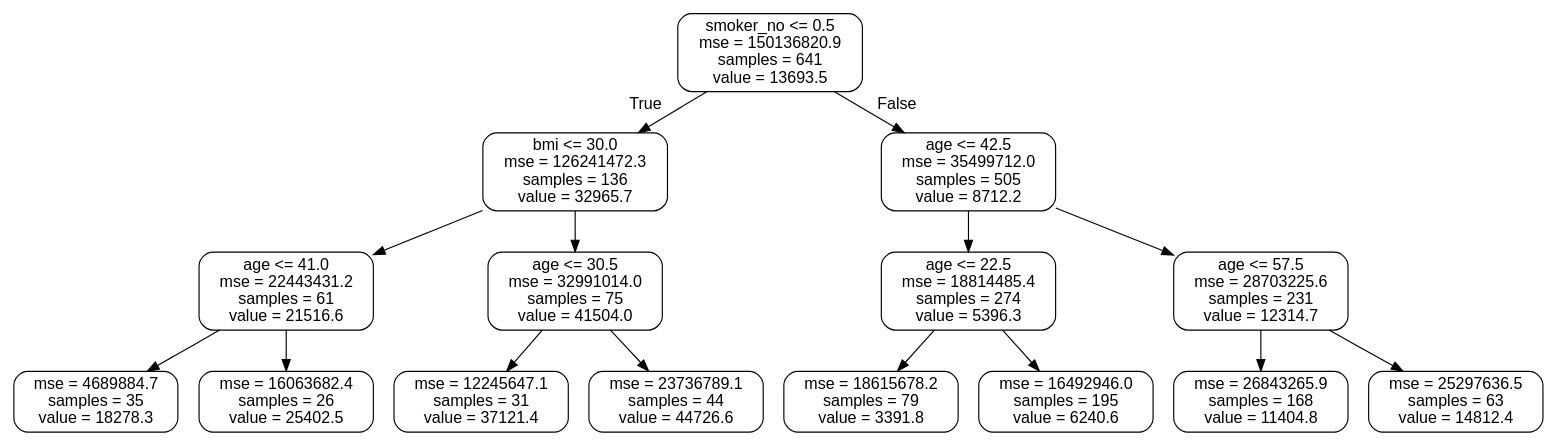
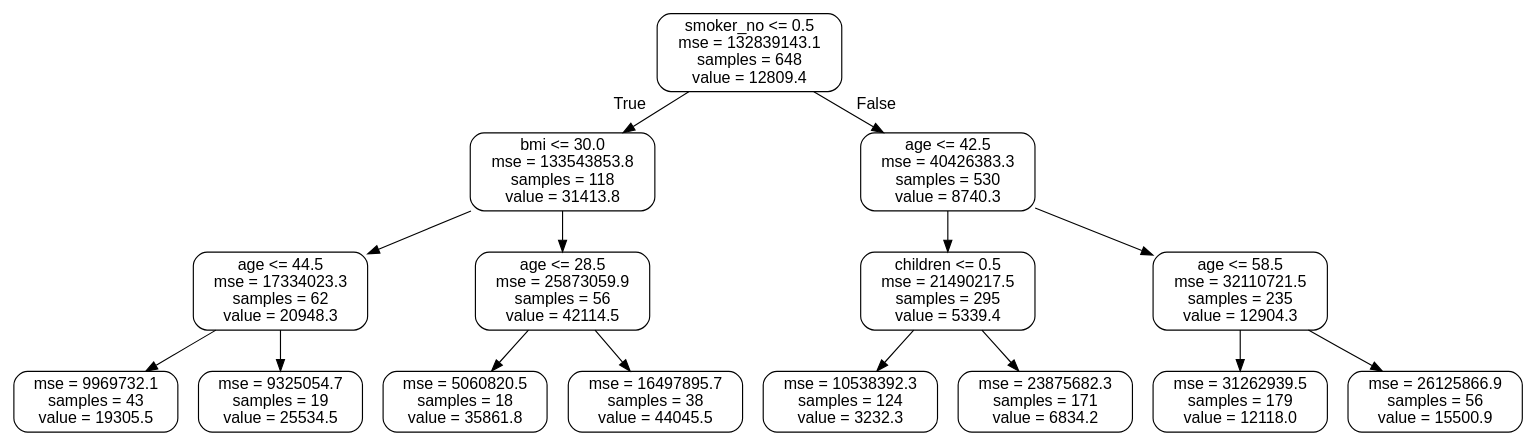
One commit to jasonzelaya/Health-Insurance-Cost-Forecast changed the diagram in small_tree.dot. Above: the diagram before and after it, drawn with Graphviz. The commit also changed 3 other files, not shown here.

```diff
--- a/small_tree.dot
+++ b/small_tree.dot
@@ -1,33 +1,33 @@
 digraph Tree {
 node [shape=box, style="rounded", color="black", fontname=helvetica] ;
 edge [fontname=helvetica] ;
-0 [label="smoker_no <= 0.5\nmse = 150136820.9\nsamples = 641\nvalue = 13693.5"] ;
-1 [label="bmi <= 30.0\nmse = 126241472.3\nsamples = 136\nvalue = 32965.7"] ;
+0 [label="smoker_no <= 0.5\nmse = 132839143.1\nsamples = 648\nvalue = 12809.4"] ;
+1 [label="bmi <= 30.0\nmse = 133543853.8\nsamples = 118\nvalue = 31413.8"] ;
 0 -> 1 [labeldistance=2.5, labelangle=45, headlabel="True"] ;
-2 [label="age <= 41.0\nmse = 22443431.2\nsamples = 61\nvalue = 21516.6"] ;
+2 [label="age <= 44.5\nmse = 17334023.3\nsamples = 62\nvalue = 20948.3"] ;
 1 -> 2 ;
-3 [label="mse = 4689884.7\nsamples = 35\nvalue = 18278.3"] ;
+3 [label="mse = 9969732.1\nsamples = 43\nvalue = 19305.5"] ;
 2 -> 3 ;
-4 [label="mse = 16063682.4\nsamples = 26\nvalue = 25402.5"] ;
+4 [label="mse = 9325054.7\nsamples = 19\nvalue = 25534.5"] ;
 2 -> 4 ;
-5 [label="age <= 30.5\nmse = 32991014.0\nsamples = 75\nvalue = 41504.0"] ;
+5 [label="age <= 28.5\nmse = 25873059.9\nsamples = 56\nvalue = 42114.5"] ;
 1 -> 5 ;
-6 [label="mse = 12245647.1\nsamples = 31\nvalue = 37121.4"] ;
+6 [label="mse = 5060820.5\nsamples = 18\nvalue = 35861.8"] ;
 5 -> 6 ;
-7 [label="mse = 23736789.1\nsamples = 44\nvalue = 44726.6"] ;
+7 [label="mse = 16497895.7\nsamples = 38\nvalue = 44045.5"] ;
 5 -> 7 ;
-8 [label="age <= 42.5\nmse = 35499712.0\nsamples = 505\nvalue = 8712.2"] ;
+8 [label="age <= 42.5\nmse = 40426383.3\nsamples = 530\nvalue = 8740.3"] ;
 0 -> 8 [labeldistance=2.5, labelangle=-45, headlabel="False"] ;
-9 [label="age <= 22.5\nmse = 18814485.4\nsamples = 274\nvalue = 5396.3"] ;
+9 [label="children <= 0.5\nmse = 21490217.5\nsamples = 295\nvalue = 5339.4"] ;
 8 -> 9 ;
-10 [label="mse = 18615678.2\nsamples = 79\nvalue = 3391.8"] ;
+10 [label="mse = 10538392.3\nsamples = 124\nvalue = 3232.3"] ;
 9 -> 10 ;
-11 [label="mse = 16492946.0\nsamples = 195\nvalue = 6240.6"] ;
+11 [label="mse = 23875682.3\nsamples = 171\nvalue = 6834.2"] ;
 9 -> 11 ;
-12 [label="age <= 57.5\nmse = 28703225.6\nsamples = 231\nvalue = 12314.7"] ;
+12 [label="age <= 58.5\nmse = 32110721.5\nsamples = 235\nvalue = 12904.3"] ;
 8 -> 12 ;
-13 [label="mse = 26843265.9\nsamples = 168\nvalue = 11404.8"] ;
+13 [label="mse = 31262939.5\nsamples = 179\nvalue = 12118.0"] ;
 12 -> 13 ;
-14 [label="mse = 25297636.5\nsamples = 63\nvalue = 14812.4"] ;
+14 [label="mse = 26125866.9\nsamples = 56\nvalue = 15500.9"] ;
 12 -> 14 ;
 }
```
